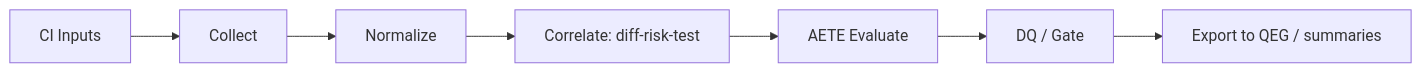
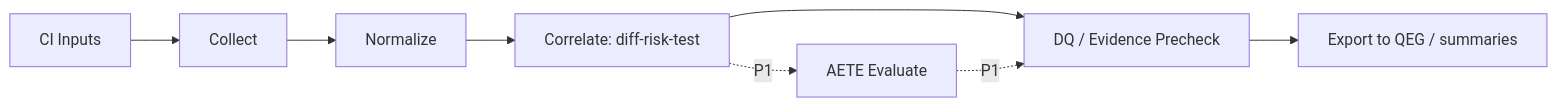
One commit to RNA4219/harness-auto-test-evidence changed the diagram in docs/process/BLUEPRINT.md. Above: the diagram before and after it, drawn with Mermaid. The commit also changed other lines of this file and 100 other files, not shown here.

````diff
--- a/docs/process/BLUEPRINT.md
+++ b/docs/process/BLUEPRINT.md
@@ -209,9 +352,10 @@
 ```mermaid
 flowchart LR
   A[CI Inputs] --> B[Collect]
   B --> C[Normalize]
   C --> D[Correlate: diff-risk-test]
-  D --> E[AETE Evaluate]
-  E --> F[DQ / Gate]
+  D --> F[DQ / Evidence Precheck]
+  D -. P1 .-> E[AETE Evaluate]
+  E -. P1 .-> F
   F --> G[Export to QEG / summaries]
 ```
````
